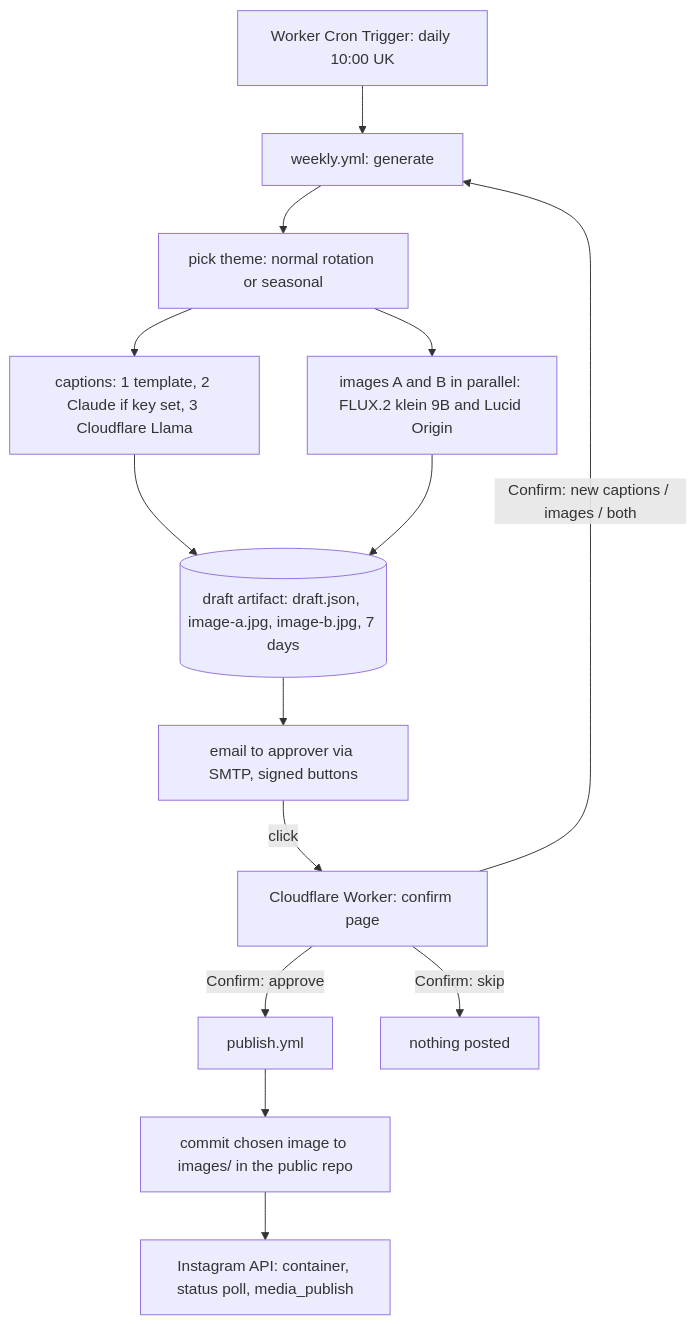
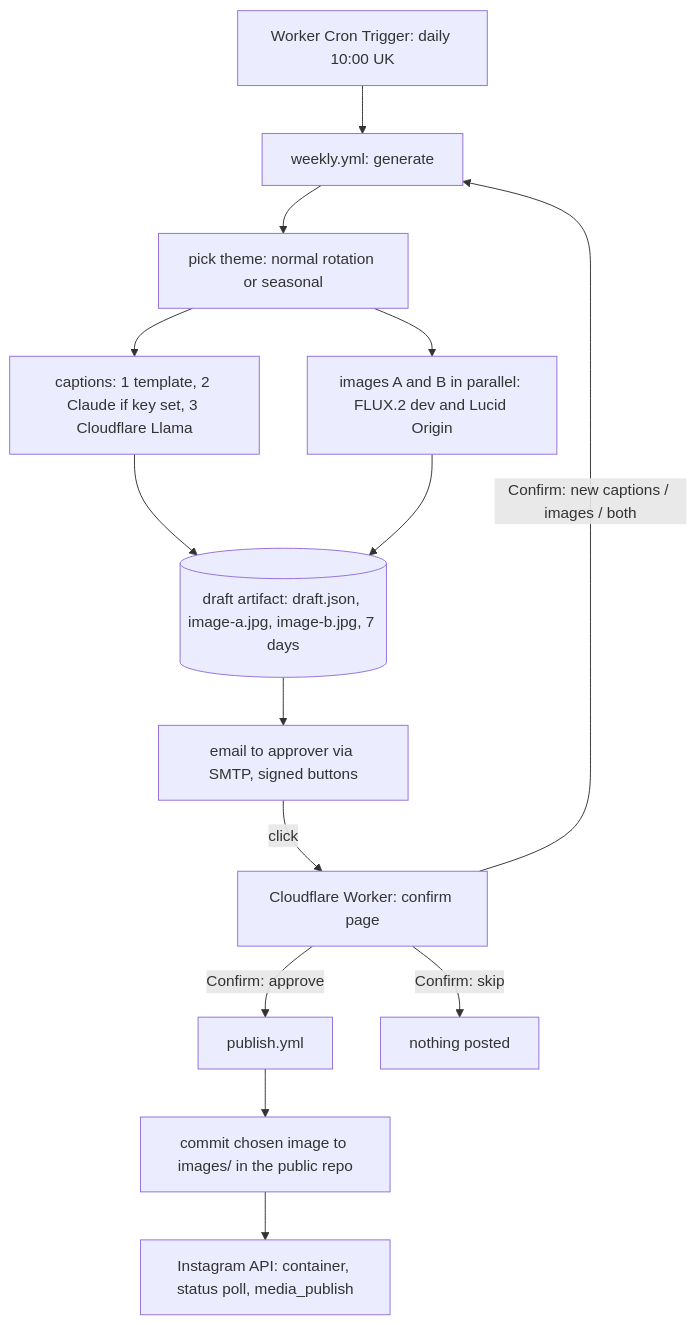
One commit to rtaank80/fdc-automation changed the diagram in project-docs/ARCHITECTURE.md. Above: the diagram before and after it, drawn with Mermaid. The commit also changed 5 other files, not shown here.

First line of the commit message:
Use FLUX.2 dev for image A instead of FLUX.2 klein 9B

````diff
--- a/project-docs/ARCHITECTURE.md
+++ b/project-docs/ARCHITECTURE.md
@@ -4,16 +4,16 @@
 ```mermaid
 flowchart TD
   CR[Worker Cron Trigger: daily 10:00 UK] --> G[weekly.yml: generate]
   G --> T[pick theme: normal rotation or seasonal]
   T --> C[captions: 1 template, 2 Claude if key set, 3 Cloudflare Llama]
-  T --> I[images A and B in parallel: FLUX.2 klein 9B and Lucid Origin]
+  T --> I[images A and B in parallel: FLUX.2 dev and Lucid Origin]
   C --> D[(draft artifact: draft.json, image-a.jpg, image-b.jpg, 7 days)]
   I --> D
   D --> E[email to approver via SMTP, signed buttons]
   E -->|click| W[Cloudflare Worker: confirm page]
   W -->|Confirm: approve| P[publish.yml]
   W -->|Confirm: new captions / images / both| G
   W -->|Confirm: skip| X[nothing posted]
   P --> H[commit chosen image to images/ in the public repo]
   H --> IG[Instagram API: container, status poll, media_publish]
 ```
````
